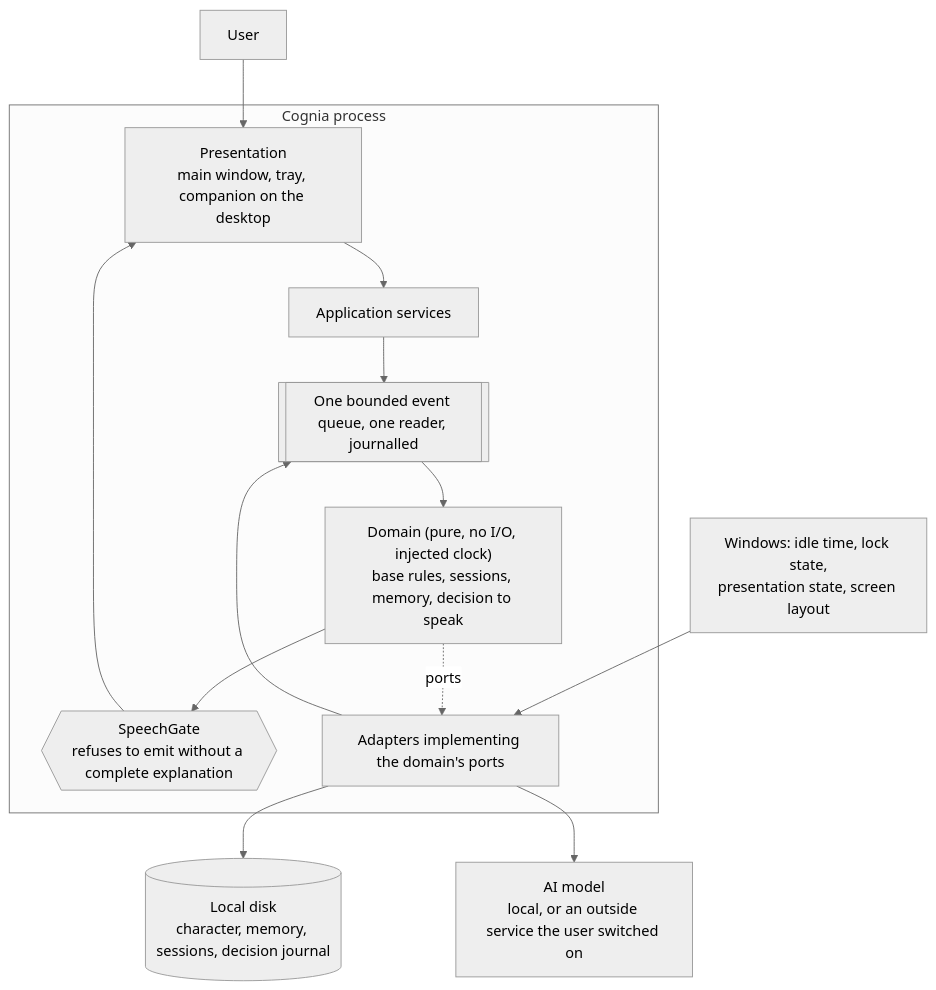
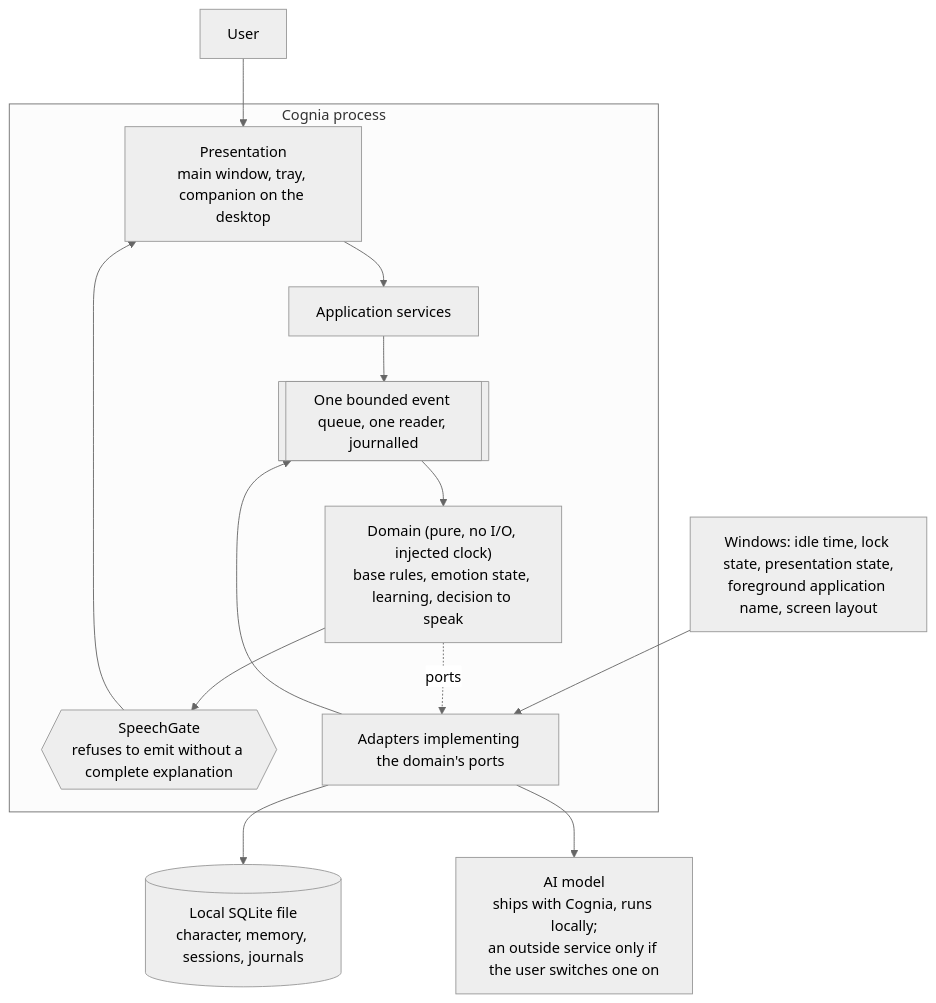
One commit to NguyenVu04/cognia changed the diagram in README.md. Above: the diagram before and after it, drawn with Mermaid (neutral theme). The commit also changed other lines of this file and 4 other files, not shown here.

First line of the commit message:
Update USECASE_SPECIFICATION and SQLite schema documentation for version 5.0 approval

````diff
--- a/README.md
+++ b/README.md
@@ -143,29 +190,29 @@
 ```mermaid
 flowchart TB
     user["User"]
-    win["Windows: idle time, lock state,<br/>presentation state, screen layout"]
+    win["Windows: idle time, lock state, presentation state,<br/>foreground application name, screen layout"]
 
     subgraph app["Cognia process"]
         ui["Presentation<br/>main window, tray, companion on the desktop"]
         svc["Application services"]
         queue[["One bounded event queue, one reader, journalled"]]
-        domain["Domain (pure, no I/O, injected clock)<br/>base rules, sessions, memory, decision to speak"]
+        domain["Domain (pure, no I/O, injected clock)<br/>base rules, emotion state, learning, decision to speak"]
         gate{{"SpeechGate<br/>refuses to emit without a complete explanation"}}
         adapters["Adapters implementing the domain's ports"]
     end
 
-    store[("Local disk<br/>character, memory, sessions, decision journal")]
-    model["AI model<br/>local, or an outside service the user switched on"]
+    store[("Local SQLite file<br/>character, memory, sessions, journals")]
+    model["AI model<br/>ships with Cognia, runs locally;<br/>an outside service only if the user switches one on"]
 
     user --> ui
     win --> adapters
     ui --> svc
     svc --> queue
     adapters --> queue
     queue --> domain
     domain --> gate
     gate --> ui
     domain -.->|ports| adapters
     adapters --> store
     adapters --> model
 ```
````
